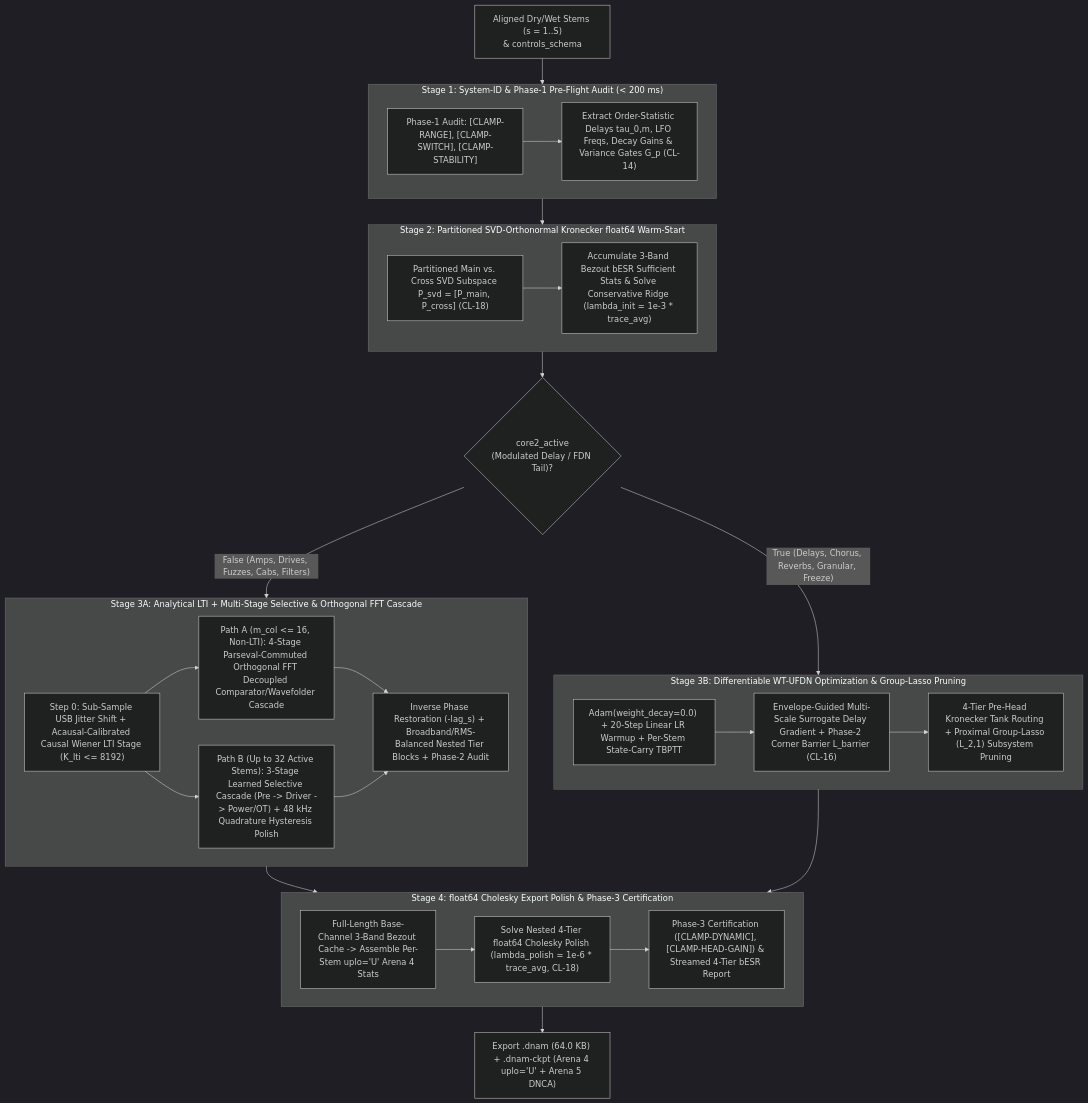
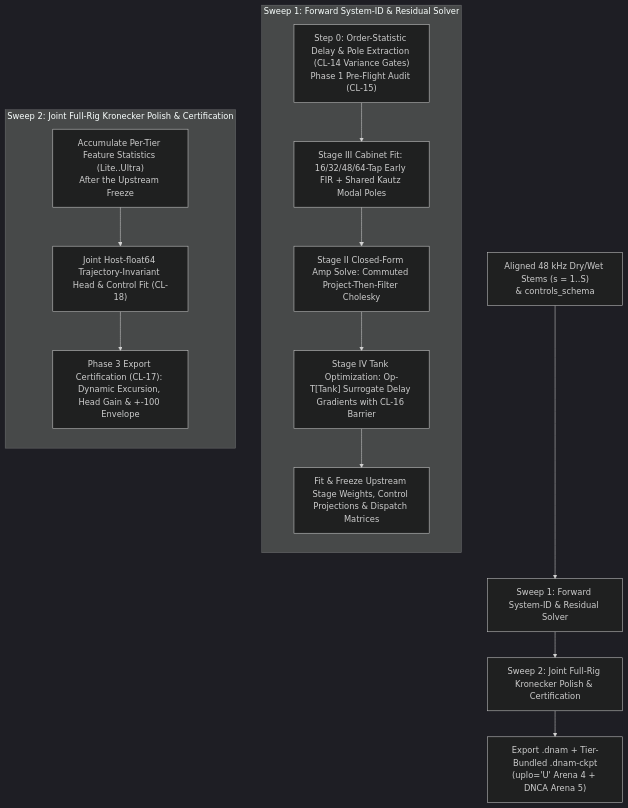
One commit to dnam-project/dnam changed the first of 2 diagrams in docs/training/four_stage_pipeline.md. Above: the diagram before and after it, drawn with Mermaid (dark theme). The commit also changed other lines of this file and 105 other files, not shown here.

````diff
--- a/docs/training/four_stage_pipeline.md
+++ b/docs/training/four_stage_pipeline.md
@@ -11,49 +18,26 @@
 ```mermaid
 flowchart TD
-    Stems["Aligned Dry/Wet Stems (s = 1..S)<br/>& controls_schema"] --> S1
+    Stems["Aligned 48 kHz Dry/Wet Stems (s = 1..S)<br/>& controls_schema"] --> Sw1["Sweep 1: Forward System-ID & Residual Solver"]
 
-    subgraph S1 ["Stage 1: System-ID & Phase-1 Pre-Flight Audit (< 200 ms)"]
-        S1A["Phase-1 Audit: [CLAMP-RANGE], [CLAMP-SWITCH], [CLAMP-STABILITY]"]
-        S1B["Extract Order-Statistic Delays tau_0,m, LFO Freqs, Decay Gains & Variance Gates G_p (CL-14)"]
-        S1A --> S1B
+    subgraph Sw1Group ["Sweep 1: Forward System-ID & Residual Solver"]
+        direction TB
+        S1A["Step 0: Order-Statistic Delay & Pole Extraction (CL-14 Variance Gates)<br/>Phase 1 Pre-Flight Audit (CL-15)"]
+        S1B["Stage III Cabinet Fit: 16/32/48/64-Tap Early FIR + Shared Kautz Modal Poles"]
+        S1C["Stage II Closed-Form Amp Solve: Commuted Project-Then-Filter Cholesky"]
+        S1D["Stage IV Tank Optimization: Op-T[Tank] Surrogate Delay Gradients with CL-16 Barrier"]
+        S1E["Fit & Freeze Upstream Stage Weights, Control Projections & Dispatch Matrices"]
+        S1A --> S1B --> S1C --> S1D --> S1E
     end
 
-    S1 --> S2
+    Sw1 --> Sw2["Sweep 2: Joint Full-Rig Kronecker Polish & Certification"]
 
-    subgraph S2 ["Stage 2: Partitioned SVD-Orthonormal Kronecker float64 Warm-Start"]
-        S2A["Partitioned Main vs. Cross SVD Subspace P_svd = [P_main, P_cross] (CL-18)"]
-        S2B["Accumulate 3-Band Bezout bESR Sufficient Stats & Solve Conservative Ridge (lambda_init = 1e-3 * trace_avg)"]
-        S2A --> S2B
+    subgraph Sw2Group ["Sweep 2: Joint Full-Rig Kronecker Polish & Certification"]
+        direction TB
+        S2A["Accumulate Per-Tier Feature Statistics (Lite..Ultra)<br/>After the Upstream Freeze"]
+        S2B["Joint Host-float64 Trajectory-Invariant Head & Control Fit (CL-18)"]
+        S2C["Phase 3 Export Certification (CL-17): Dynamic Excursion, Head Gain & +-100 Envelope"]
+        S2A --> S2B --> S2C
     end
 
-    S2 --> ModeCheck{"core2_active<br/>(Modulated Delay / FDN Tail)?"}
-
-    ModeCheck -- "False (Amps, Drives, Fuzzes, Cabs, Filters)" --> S3A
-    ModeCheck -- "True (Delays, Chorus, Reverbs, Granular, Freeze)" --> S3B
-
-    subgraph S3A ["Stage 3A: Analytical LTI + Multi-Stage Selective & Orthogonal FFT Cascade"]
-        S3A_1["Step 0: Sub-Sample USB Jitter Shift + Acausal-Calibrated Causal Wiener LTI Stage (K_lti <= 8192)"]
-        S3A_2["Path A (m_col <= 16, Non-LTI): 4-Stage Parseval-Commuted Orthogonal FFT Decoupled Comparator/Wavefolder Cascade"]
-        S3A_3["Path B (Up to 32 Active Stems): 3-Stage Learned Selective Cascade (Pre -> Driver -> Power/OT) + 48 kHz Quadrature Hysteresis Polish"]
-        S3A_4["Inverse Phase Restoration (-lag_s) + Broadband/RMS-Balanced Nested Tier Blocks + Phase-2 Audit"]
-        S3A_1 --> S3A_2 & S3A_3 --> S3A_4
-    end
-
-    subgraph S3B ["Stage 3B: Differentiable WT-UFDN Optimization & Group-Lasso Pruning"]
-        S3B_1["Adam(weight_decay=0.0) + 20-Step Linear LR Warmup + Per-Stem State-Carry TBPTT"]
-        S3B_2["Envelope-Guided Multi-Scale Surrogate Delay Gradient + Phase-2 Corner Barrier L_barrier (CL-16)"]
-        S3B_3["4-Tier Pre-Head Kronecker Tank Routing + Proximal Group-Lasso (L_2,1) Subsystem Pruning"]
-        S3B_1 --> S3B_2 --> S3B_3
-    end
-
-    S3A & S3B --> S4
-
-    subgraph S4 ["Stage 4: float64 Cholesky Export Polish & Phase-3 Certification"]
-        S4A["Full-Length Base-Channel 3-Band Bezout Cache -> Assemble Per-Stem uplo='U' Arena 4 Stats"]
-        S4B["Solve Nested 4-Tier float64 Cholesky Polish (lambda_polish = 1e-6 * trace_avg, CL-18)"]
-        S4C["Phase-3 Certification ([CLAMP-DYNAMIC], [CLAMP-HEAD-GAIN]) & Streamed 4-Tier bESR Report"]
-        S4A --> S4B --> S4C
-    end
-
-    S4 --> Out["Export .dnam (64.0 KB) + .dnam-ckpt (Arena 4 uplo='U' + Arena 5 DNCA)"]
+    Sw2 --> Out["Export .dnam + Tier-Bundled .dnam-ckpt<br/>(uplo='U' Arena 4 + DNCA Arena 5)"]
 ```
````
